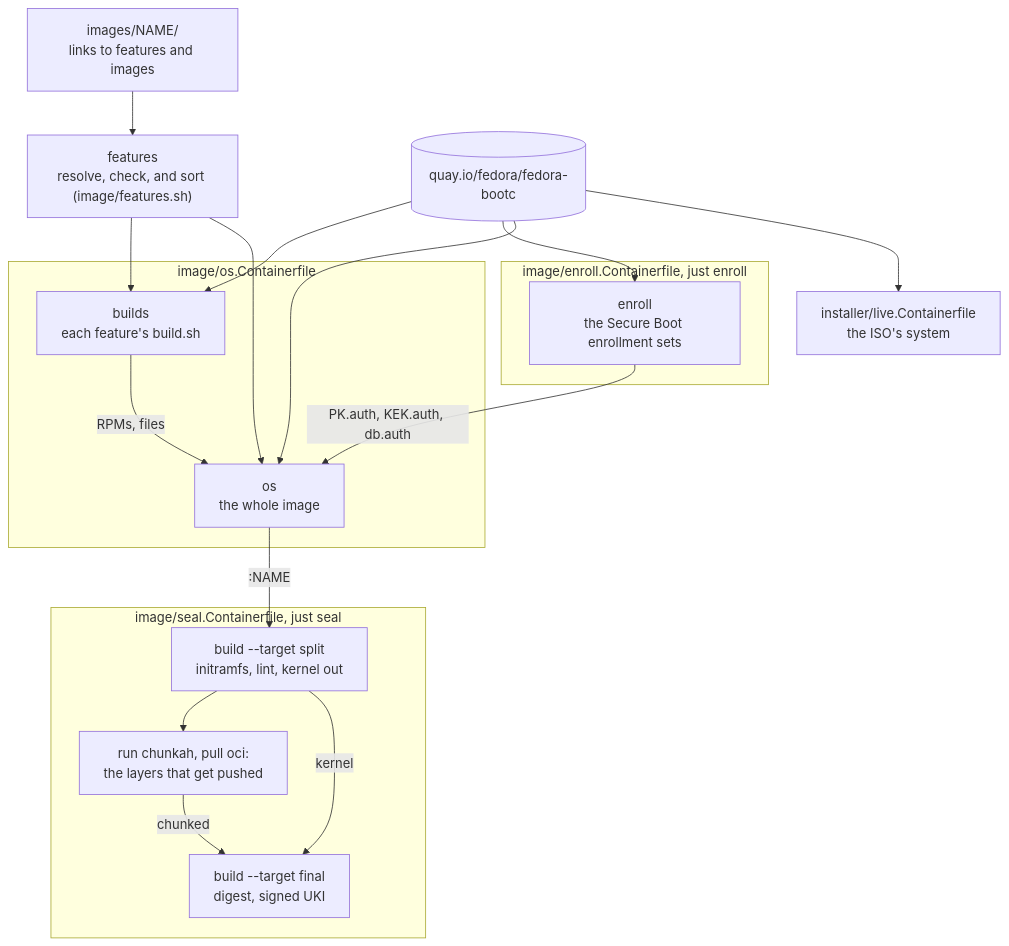
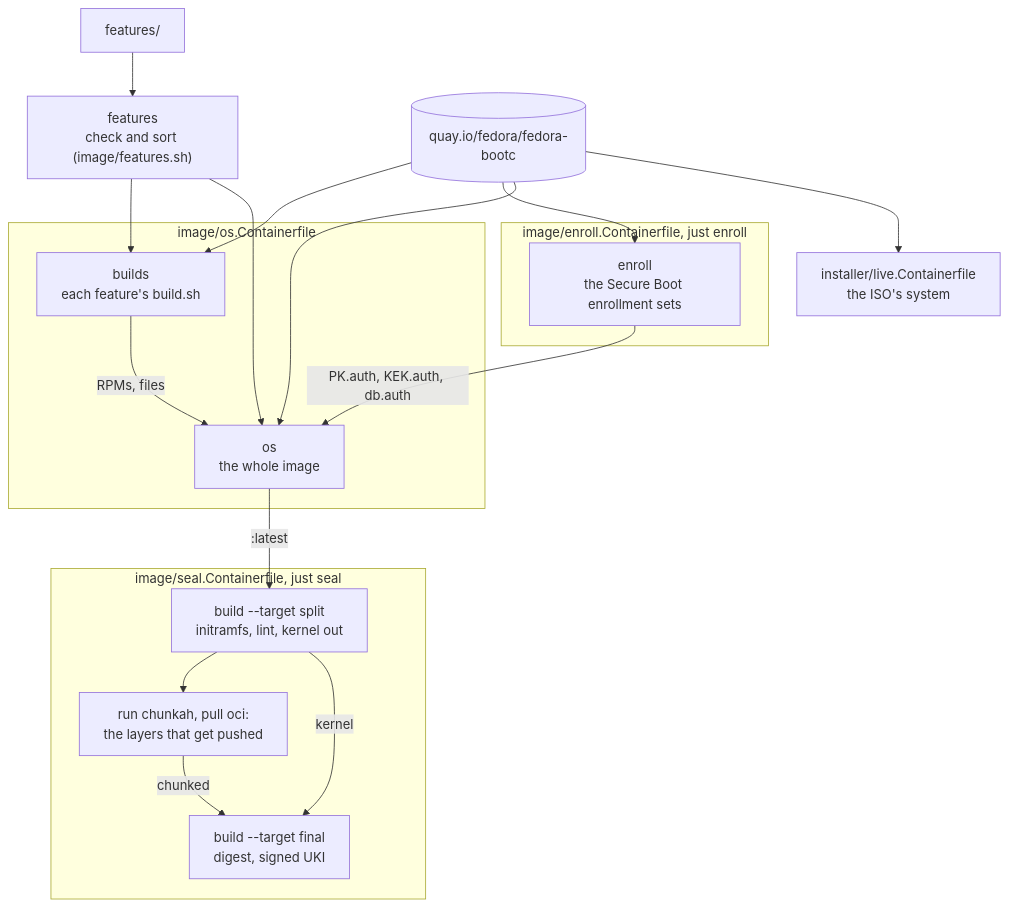
Before and after one commit to LucaRickli/fedora-bootc: the first of 3 diagrams in docs/architecture/build.md, drawn with Mermaid. The commit also changed other lines of this file and 53 other files, not shown here.

````diff
--- a/docs/architecture/build.md
+++ b/docs/architecture/build.md
@@ -23,28 +21,28 @@
 ```mermaid
 flowchart TB
-    img["images/NAME/<br/>links to features and images"] --> sort["features<br/>resolve, check, and sort (image/features.sh)"]
+    feat["features/"] --> sort["features<br/>check and sort (image/features.sh)"]
     subgraph enrollcf["image/enroll.Containerfile, just enroll"]
         enroll["enroll<br/>the Secure Boot enrollment sets"]
     end
     subgraph oscf["image/os.Containerfile"]
         builds["builds<br/>each feature's build.sh"]
         os["os<br/>the whole image"]
     end
     subgraph sealcf["image/seal.Containerfile, just seal"]
         split["build --target split<br/>initramfs, lint, kernel out"]
         chunkah["run chunkah, pull oci:<br/>the layers that get pushed"]
         final["build --target final<br/>digest, signed UKI"]
     end
     fedora[("quay.io/fedora/fedora-bootc")] --> builds
     fedora --> enroll
     fedora --> os
     fedora --> live["installer/live.Containerfile<br/>the ISO's system"]
     sort --> builds
     sort --> os
     builds -- "RPMs, files" --> os
     enroll -- "PK.auth, KEK.auth, db.auth" --> os
-    os -- ":NAME" --> split
+    os -- ":latest" --> split
     split --> chunkah
     chunkah -- "chunked" --> final
     split -- "kernel" --> final
 ```
````
